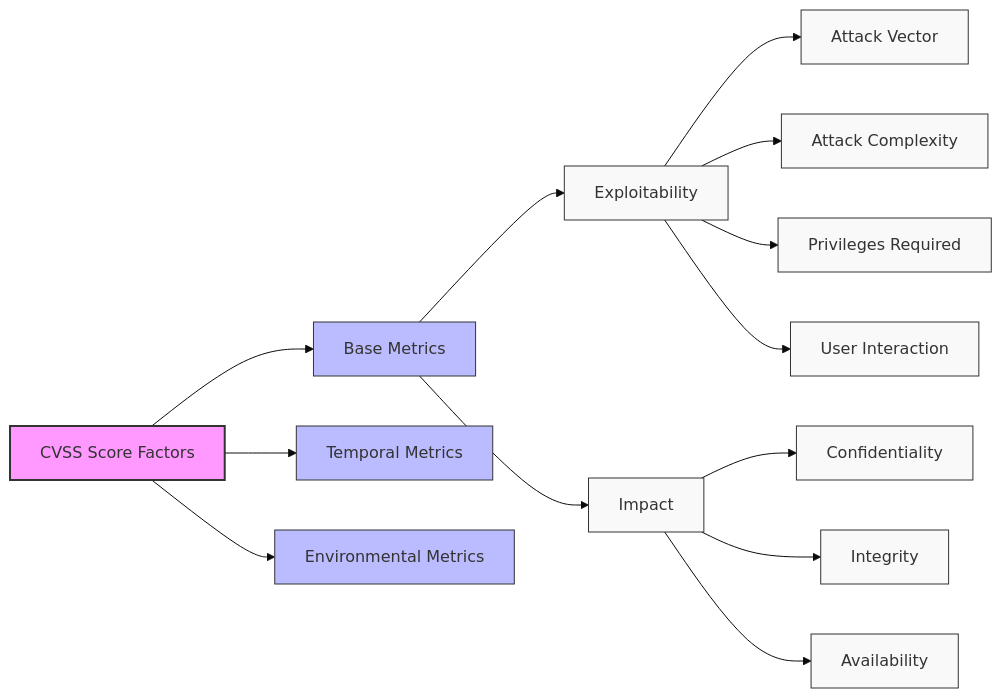
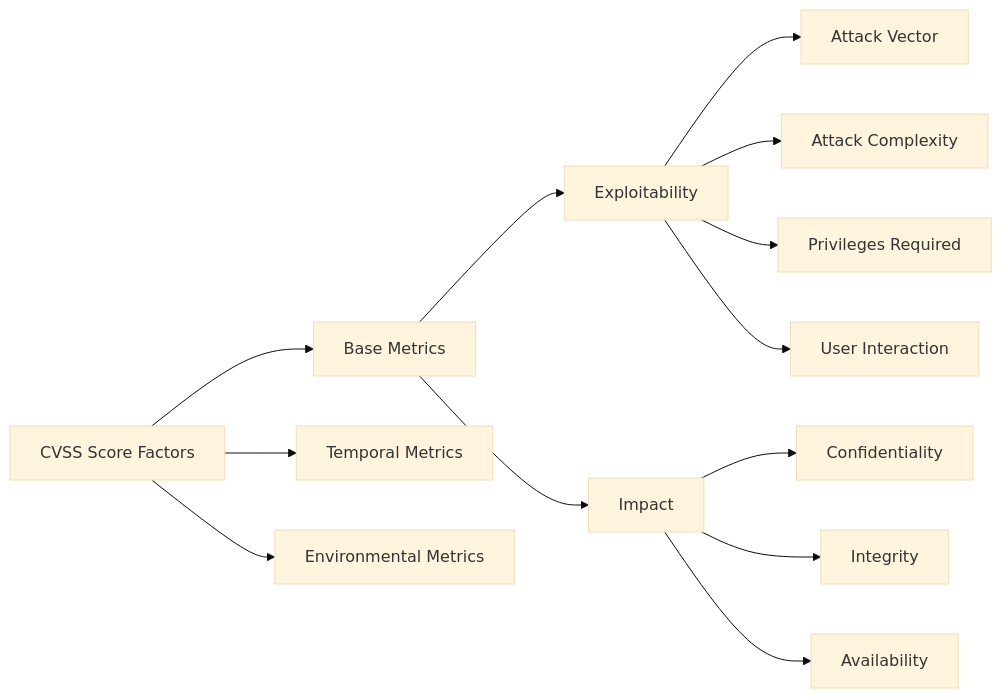
The second of 3 diagrams in glossary/19_cve.mdx (glasskube/glasskube.dev), drawn with Mermaid (base theme) before and after one commit. The commit also changed other lines of this file and 3 other files, not shown here.

Commit message:
chore: reorder glossary, style diagrams

````diff
--- a/glossary/19_cve.mdx
+++ b/glossary/19_cve.mdx
@@ -83,25 +81,18 @@
 ```mermaid
 graph LR
     A[CVSS Score Factors] --> B[Base Metrics]
     A --> C[Temporal Metrics]
     A --> D[Environmental Metrics]
     
     B --> E[Exploitability]
     B --> F[Impact]
     
     E --> G[Attack Vector]
     E --> H[Attack Complexity]
     E --> I[Privileges Required]
     E --> J[User Interaction]
     
     F --> K[Confidentiality]
     F --> L[Integrity]
     F --> M[Availability]
-    
-    style A fill:#f9f,stroke:#333,stroke-width:2px
-    style B fill:#bbf,stroke:#333,stroke-width:1px
-    style C fill:#bbf,stroke:#333,stroke-width:1px
-    style D fill:#bbf,stroke:#333,stroke-width:1px
-    
-    classDef default fill:#f9f9f9,stroke:#333,stroke-width:1px
 ```
````
